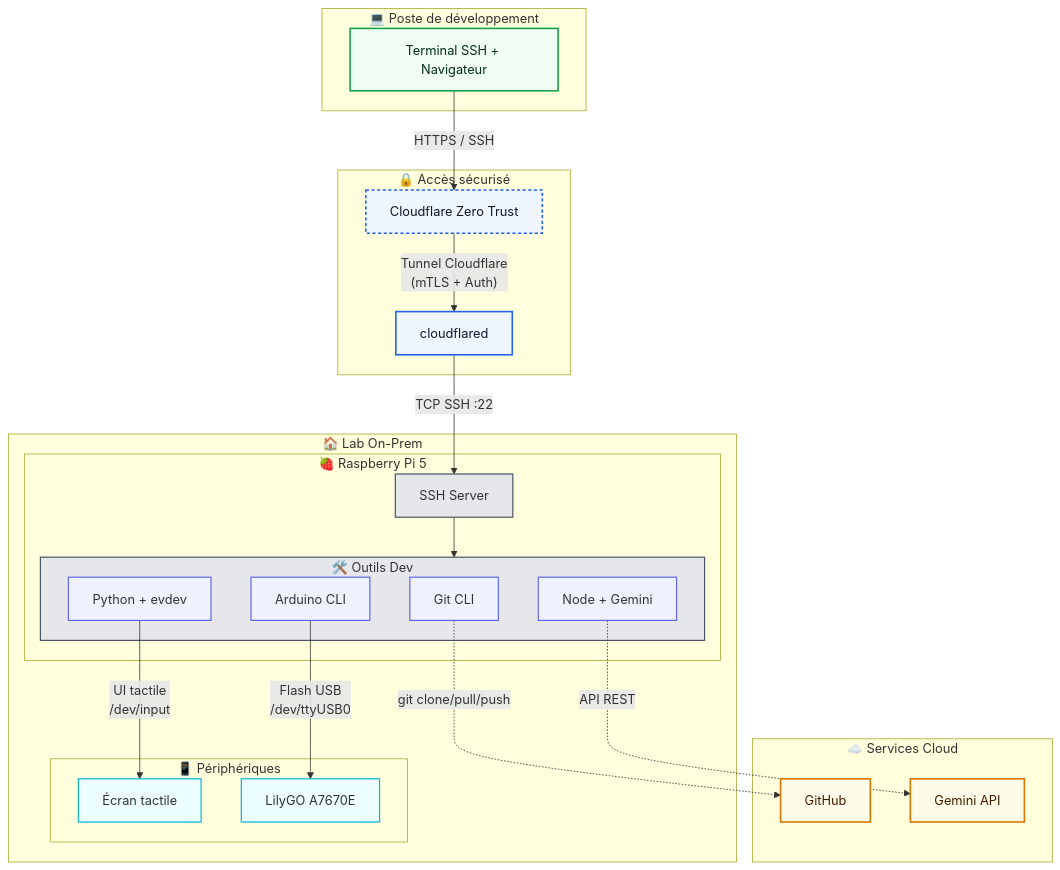
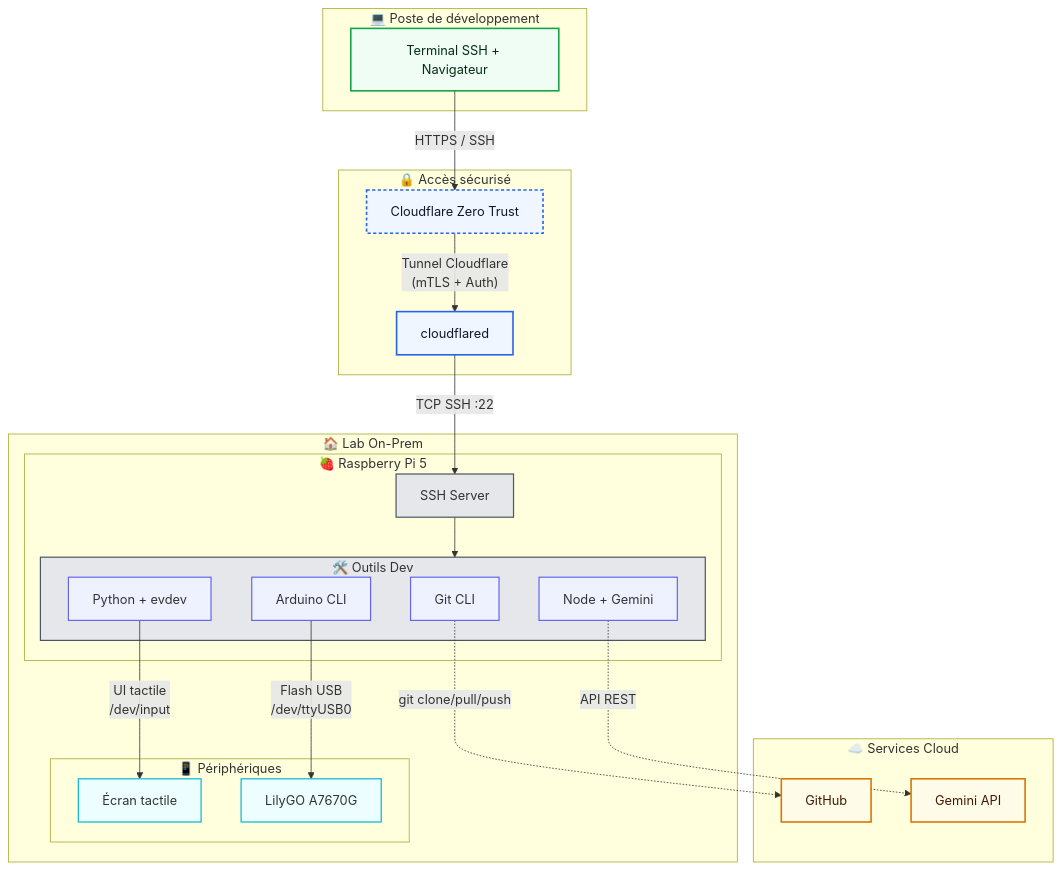
One commit to fpoisson2/243-4J5-LI changed the diagram in labo1/Labo1-environnement de programmation distant sur rPi.md. Above: the diagram before and after it, drawn with Mermaid. The commit also changed other lines of this file and 1 other file, not shown here.

````diff
--- a/labo1/Labo1-environnement de programmation distant sur rPi.md
+++ b/labo1/Labo1-environnement de programmation distant sur rPi.md
@@ -10,73 +10,73 @@
 ```mermaid
 graph TD
     %% ==== STYLES ====
     classDef zoneClient fill:#f0fdf4,stroke:#16a34a,stroke-width:2px,color:#052e16;
     classDef zoneAccess fill:#eff6ff,stroke:#2563eb,stroke-width:2px,color:#0f172a;
     classDef zoneLab fill:#f9fafb,stroke:#4b5563,stroke-width:2px,color:#020617;
     classDef zoneCloud fill:#fefce8,stroke:#d97706,stroke-width:2px,color:#451a03;
     classDef componentCore fill:#e5e7eb,stroke:#4b5563,stroke-width:1.5px;
     classDef componentService fill:#eef2ff,stroke:#6366f1,stroke-width:1.5px;
     classDef componentDevice fill:#ecfeff,stroke:#06b6d4,stroke-width:1.5px;
     classDef securityEdge fill:#fef2f2,stroke:#b91c1c,stroke-width:1.5px,stroke-dasharray:4 3;
 
     %% ==== ZONE CLIENT ====
     subgraph Zone_Client ["💻 Poste de développement"]
         Dev_PC["Terminal SSH + Navigateur"]:::zoneClient
     end
 
     %% ==== ZONE D'ACCÈS / EDGE ====
     subgraph Zone_Access ["🔒 Accès sécurisé"]
         CF_ZT["Cloudflare Zero Trust"]:::securityEdge
         CF_Tunnel["cloudflared"]:::componentService
     end
 
     %% ==== ZONE LAB / ON-PREM ====
     subgraph Zone_Lab ["🏠 Lab On-Prem"]
         subgraph RPi5_Core ["🍓 Raspberry Pi 5"]
             SSHD["SSH Server"]:::componentCore
 
             subgraph Dev_Stack ["🛠️ Outils Dev"]
                 Git_CLI["Git CLI"]:::componentService
                 Node_Gemini["Node + Gemini"]:::componentService
                 Python_Env["Python + evdev"]:::componentService
                 Arduino_CLI["Arduino CLI"]:::componentService
             end
         end
 
         subgraph Lab_Devices ["📱 Périphériques"]
             Touchscreen["Écran tactile"]:::componentDevice
-            LilyGO_A7670E["LilyGO A7670E"]:::componentDevice
+            LilyGO_A7670G["LilyGO A7670G"]:::componentDevice
         end
     end
 
     %% ==== ZONE CLOUD / SAAS ====
     subgraph Zone_Cloud ["☁️ Services Cloud"]
         GitHub_SaaS["GitHub"]:::zoneCloud
         Gemini_API["Gemini API"]:::zoneCloud
     end
 
     %% ==== FLUX PRINCIPAUX ====
 
     %% 1. ACCÈS DISTANT (vertical)
     Dev_PC -->|"HTTPS / SSH"| CF_ZT
     CF_ZT -->|"Tunnel Cloudflare<br/>(mTLS + Auth)"| CF_Tunnel
     CF_Tunnel -->|"TCP SSH :22"| SSHD
     SSHD --> Dev_Stack
 
     %% 2. DEV & GESTION DE CODE
     Git_CLI -.->|"git clone/pull/push"| GitHub_SaaS
 
     %% 3. APPELS IA
     Node_Gemini -.->|"API REST"| Gemini_API
 
     %% 4. INTERACTIONS MATÉRIELLES
     Python_Env -->|"UI tactile<br/>/dev/input"| Touchscreen
-    Arduino_CLI -->|"Flash USB<br/>/dev/ttyUSB0"| LilyGO_A7670E
+    Arduino_CLI -->|"Flash USB<br/>/dev/ttyUSB0"| LilyGO_A7670G
 
     %% ==== CLASS ZONES ====
     class Dev_PC zoneClient;
     class CF_ZT,CF_Tunnel zoneAccess;
     class SSHD,Dev_Stack componentCore;
-    class Touchscreen,LilyGO_A7670E componentDevice;
+    class Touchscreen,LilyGO_A7670G componentDevice;
     class GitHub_SaaS,Gemini_API zoneCloud;
 ```
````
